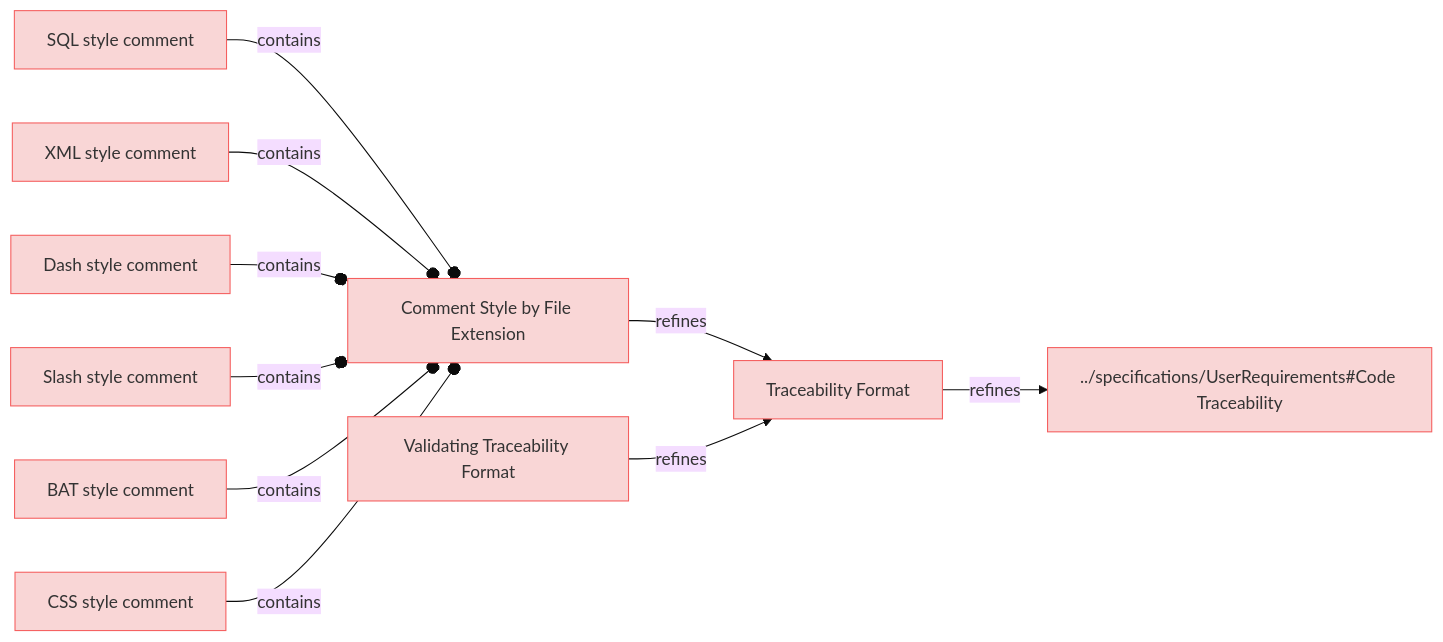
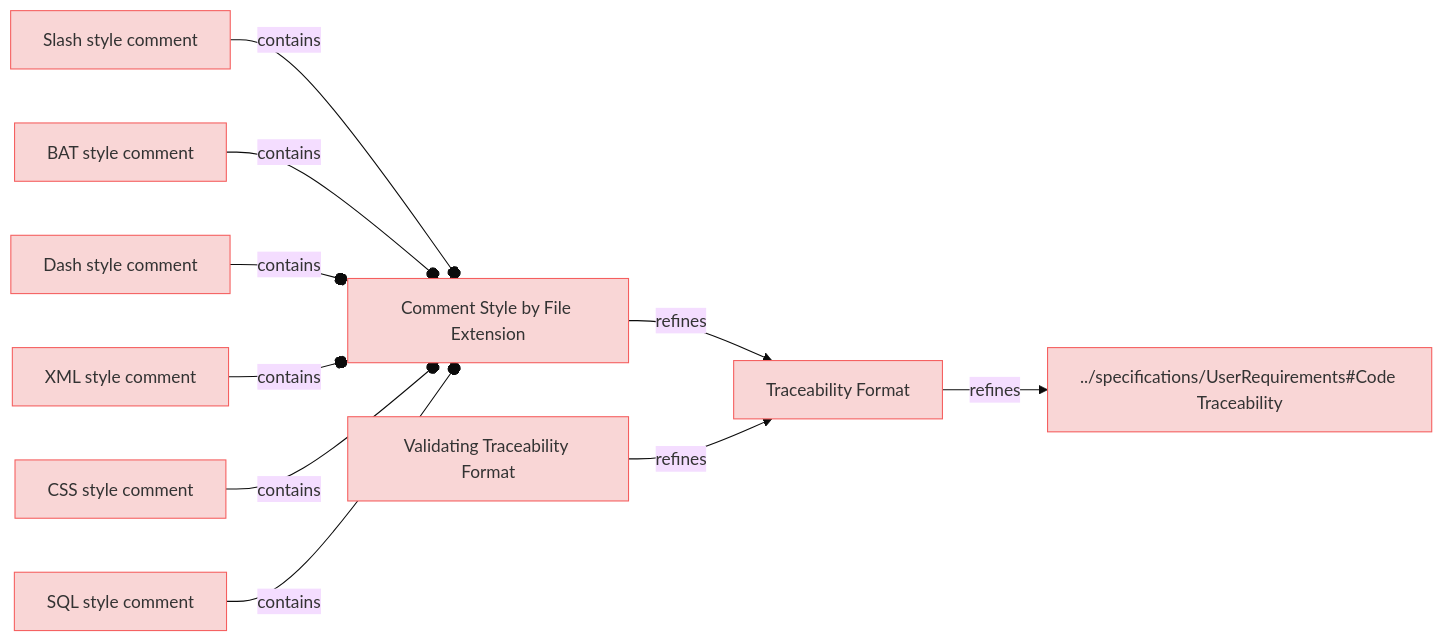
The diagram in specifications/CodeTraecabilityRequirements.md (reqvire-org/reqvire), drawn with Mermaid (base theme) before and after one commit. The commit also changed 16 other files, not shown here.

````diff
--- a/specifications/CodeTraecabilityRequirements.md
+++ b/specifications/CodeTraecabilityRequirements.md
@@ -4,48 +4,48 @@
 ```mermaid
 graph LR;
   %% Graph styling
   classDef requirement fill:#f9d6d6,stroke:#f55f5f,stroke-width:1px;
   classDef verification fill:#d6f9d6,stroke:#5fd75f,stroke-width:1px;
   classDef externalLink fill:#d0e0ff,stroke:#3080ff,stroke-width:1px;
   classDef default fill:#f5f5f5,stroke:#333333,stroke-width:1px;
 
-  cb7a50ba5073bd8f["SQL style comment"];
-  click cb7a50ba5073bd8f "https://github.com/Reqvire/reqvire/blob/b8c43d2689b933838bf1838d8a4cdf3393c9014f/specifications/CodeTraecabilityRequirements.md#sql-style-comment";
-  class cb7a50ba5073bd8f requirement;
+  e7b2735ad78db7f7["Slash style comment"];
+  click e7b2735ad78db7f7 "https://github.com/Reqvire/reqvire/blob/92e82ef235559b4819fd85d700024b79b452d8e3/specifications/CodeTraecabilityRequirements.md#slash-style-comment";
+  class e7b2735ad78db7f7 requirement;
   c332a9a7fee51b73["Comment Style by File Extension"];
   class c332a9a7fee51b73 requirement;
-  click c332a9a7fee51b73 "https://github.com/Reqvire/reqvire/blob/b8c43d2689b933838bf1838d8a4cdf3393c9014f/specifications/CodeTraecabilityRequirements.md#comment-style-by-file-extension";
-  cb7a50ba5073bd8f --o|contains| c332a9a7fee51b73;
+  click c332a9a7fee51b73 "https://github.com/Reqvire/reqvire/blob/92e82ef235559b4819fd85d700024b79b452d8e3/specifications/CodeTraecabilityRequirements.md#comment-style-by-file-extension";
+  e7b2735ad78db7f7 --o|contains| c332a9a7fee51b73;
   8086d70961a4c09["Traceability Format"];
-  click 8086d70961a4c09 "https://github.com/Reqvire/reqvire/blob/b8c43d2689b933838bf1838d8a4cdf3393c9014f/specifications/CodeTraecabilityRequirements.md#traceability-format";
   class 8086d70961a4c09 requirement;
+  click 8086d70961a4c09 "https://github.com/Reqvire/reqvire/blob/92e82ef235559b4819fd85d700024b79b452d8e3/specifications/CodeTraecabilityRequirements.md#traceability-format";
+  c332a9a7fee51b73 -->|refines| 8086d70961a4c09;
+  d6b76d3e1a3056ce["BAT style comment"];
+  click d6b76d3e1a3056ce "https://github.com/Reqvire/reqvire/blob/92e82ef235559b4819fd85d700024b79b452d8e3/specifications/CodeTraecabilityRequirements.md#bat-style-comment";
+  class d6b76d3e1a3056ce requirement;
+  d6b76d3e1a3056ce --o|contains| c332a9a7fee51b73;
+  e7305180ad512acd["Dash style comment"];
+  click e7305180ad512acd "https://github.com/Reqvire/reqvire/blob/92e82ef235559b4819fd85d700024b79b452d8e3/specifications/CodeTraecabilityRequirements.md#dash-style-comment";
+  class e7305180ad512acd requirement;
+  e7305180ad512acd --o|contains| c332a9a7fee51b73;
+  f02fa9023214d641["XML style comment"];
+  click f02fa9023214d641 "https://github.com/Reqvire/reqvire/blob/92e82ef235559b4819fd85d700024b79b452d8e3/specifications/CodeTraecabilityRequirements.md#xml-style-comment";
+  class f02fa9023214d641 requirement;
+  f02fa9023214d641 --o|contains| c332a9a7fee51b73;
+  1e4723b5a9d499c3["Validating Traceability Format"];
+  click 1e4723b5a9d499c3 "https://github.com/Reqvire/reqvire/blob/92e82ef235559b4819fd85d700024b79b452d8e3/specifications/CodeTraecabilityRequirements.md#validating-traceability-format";
+  class 1e4723b5a9d499c3 requirement;
+  1e4723b5a9d499c3 -->|refines| 8086d70961a4c09;
+  240322b67055a395["CSS style comment"];
+  click 240322b67055a395 "https://github.com/Reqvire/reqvire/blob/92e82ef235559b4819fd85d700024b79b452d8e3/specifications/CodeTraecabilityRequirements.md#css-style-comment";
+  class 240322b67055a395 requirement;
+  240322b67055a395 --o|contains| c332a9a7fee51b73;
   8c02a4fb740392b["../specifications/UserRequirements#Code Traceability"];
   class 8c02a4fb740392b requirement;
-  click 8c02a4fb740392b "https://github.com/Reqvire/reqvire/blob/b8c43d2689b933838bf1838d8a4cdf3393c9014f/specifications/UserRequirements.md#code-traceability";
+  click 8c02a4fb740392b "https://github.com/Reqvire/reqvire/blob/92e82ef235559b4819fd85d700024b79b452d8e3/specifications/UserRequirements.md#code-traceability";
   8086d70961a4c09 -->|refines| 8c02a4fb740392b;
-  f02fa9023214d641["XML style comment"];
-  click f02fa9023214d641 "https://github.com/Reqvire/reqvire/blob/b8c43d2689b933838bf1838d8a4cdf3393c9014f/specifications/CodeTraecabilityRequirements.md#xml-style-comment";
-  class f02fa9023214d641 requirement;
-  f02fa9023214d641 --o|contains| c332a9a7fee51b73;
-  c332a9a7fee51b73 -->|refines| 8086d70961a4c09;
-  e7305180ad512acd["Dash style comment"];
-  click e7305180ad512acd "https://github.com/Reqvire/reqvire/blob/b8c43d2689b933838bf1838d8a4cdf3393c9014f/specifications/CodeTraecabilityRequirements.md#dash-style-comment";
-  class e7305180ad512acd requirement;
-  e7305180ad512acd --o|contains| c332a9a7fee51b73;
-  1e4723b5a9d499c3["Validating Traceability Format"];
-  click 1e4723b5a9d499c3 "https://github.com/Reqvire/reqvire/blob/b8c43d2689b933838bf1838d8a4cdf3393c9014f/specifications/CodeTraecabilityRequirements.md#validating-traceability-format";
-  class 1e4723b5a9d499c3 requirement;
-  1e4723b5a9d499c3 -->|refines| 8086d70961a4c09;
-  e7b2735ad78db7f7["Slash style comment"];
-  click e7b2735ad78db7f7 "https://github.com/Reqvire/reqvire/blob/b8c43d2689b933838bf1838d8a4cdf3393c9014f/specifications/CodeTraecabilityRequirements.md#slash-style-comment";
-  class e7b2735ad78db7f7 requirement;
-  e7b2735ad78db7f7 --o|contains| c332a9a7fee51b73;
-  d6b76d3e1a3056ce["BAT style comment"];
-  click d6b76d3e1a3056ce "https://github.com/Reqvire/reqvire/blob/b8c43d2689b933838bf1838d8a4cdf3393c9014f/specifications/CodeTraecabilityRequirements.md#bat-style-comment";
-  class d6b76d3e1a3056ce requirement;
-  d6b76d3e1a3056ce --o|contains| c332a9a7fee51b73;
-  240322b67055a395["CSS style comment"];
-  click 240322b67055a395 "https://github.com/Reqvire/reqvire/blob/b8c43d2689b933838bf1838d8a4cdf3393c9014f/specifications/CodeTraecabilityRequirements.md#css-style-comment";
-  class 240322b67055a395 requirement;
-  240322b67055a395 --o|contains| c332a9a7fee51b73;
+  cb7a50ba5073bd8f["SQL style comment"];
+  click cb7a50ba5073bd8f "https://github.com/Reqvire/reqvire/blob/92e82ef235559b4819fd85d700024b79b452d8e3/specifications/CodeTraecabilityRequirements.md#sql-style-comment";
+  class cb7a50ba5073bd8f requirement;
+  cb7a50ba5073bd8f --o|contains| c332a9a7fee51b73;
 ```
````
